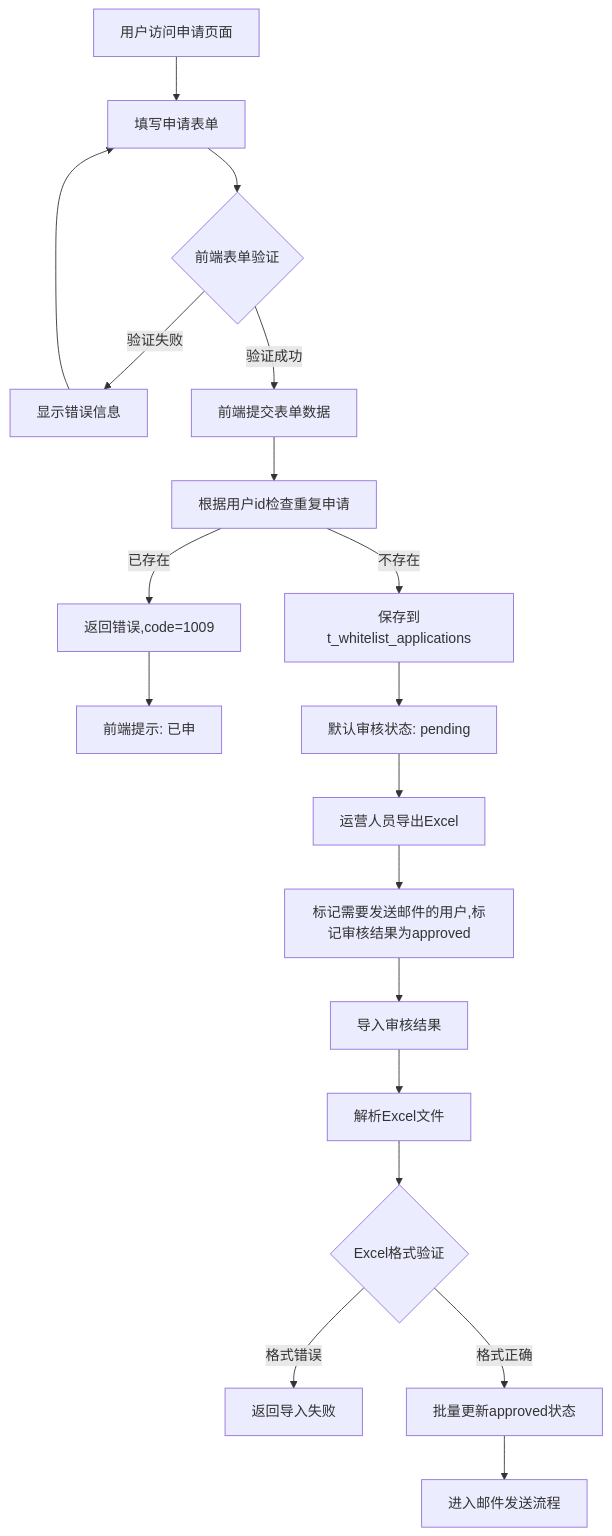
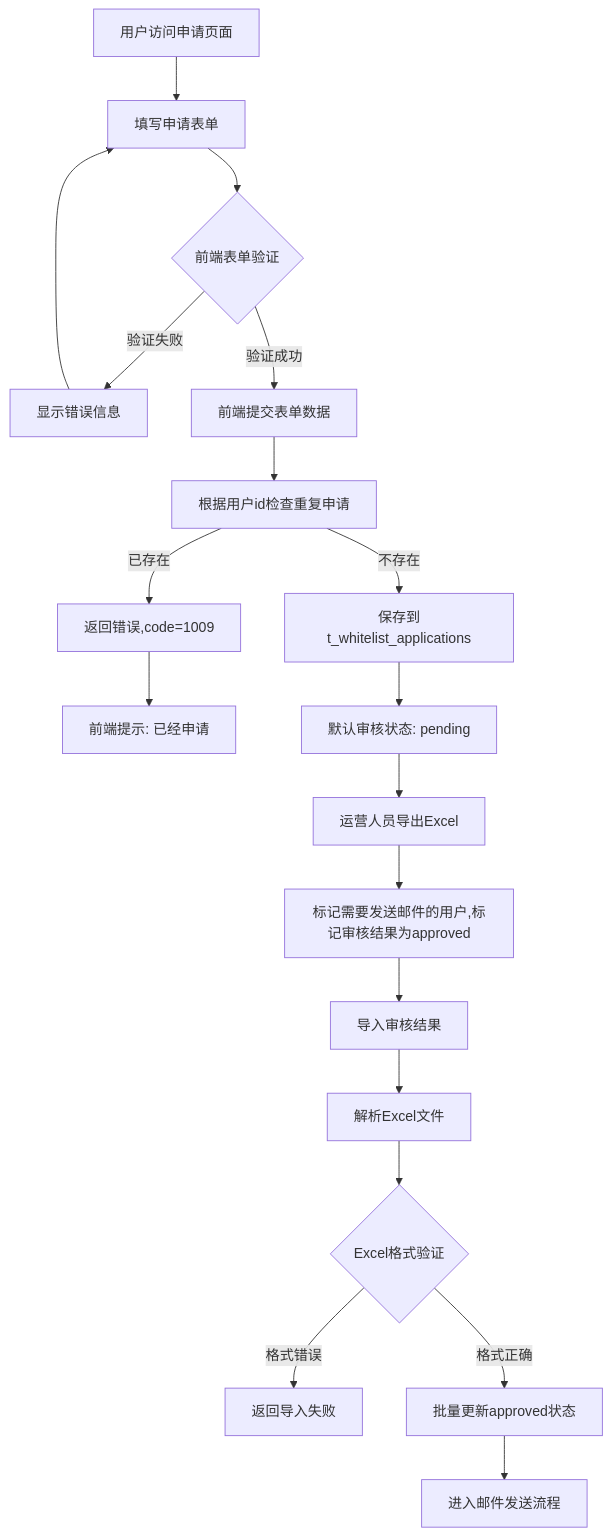
One commit to yingjianzh/iodraw-files changed the diagram in all/未命名-75.md. Above: the diagram before and after it, drawn with Mermaid.

Commit message:
2025-07-08 09:34:58 update

````diff
--- a/all/未命名-75.md
+++ b/all/未命名-75.md
@@ -1,24 +1,24 @@
 ```mermaid
 
 flowchart TD
     A[用户访问申请页面] --> B[填写申请表单]
     B --> C{前端表单验证}
     C -->|验证失败| D[显示错误信息]
     D --> B
     C -->|验证成功| E[前端提交表单数据]
     E --> F[根据用户id检查重复申请]
     F -->|已存在| G[返回错误,code=1009]
-    G --> H[前端提示: 已申]
+    G --> H[前端提示: 已经申请]
     F -->|不存在| I[保存到t_whitelist_applications]
     I --> K[默认审核状态: pending]
     
     K --> P[运营人员导出Excel]
     P --> S[标记需要发送邮件的用户,标记审核结果为approved]
     S --> T[导入审核结果]
     T --> T2[解析Excel文件]
     T2 --> T3{Excel格式验证}
     T3 -->|格式错误| T4[返回导入失败]
     T3 -->|格式正确| U[批量更新approved状态]
     U --> V[进入邮件发送流程]
 
 ```
````
